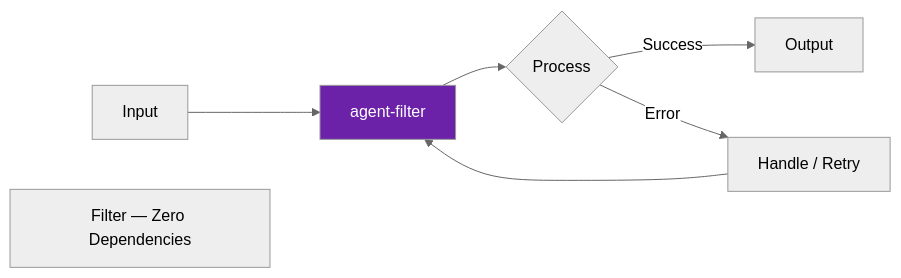
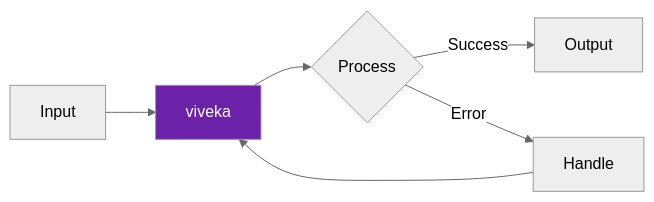
Before and after one commit to darshjme/agent-filter: the diagram in README.md, drawn with Mermaid (neutral theme). The commit also changed other lines of this file and 1 other file, not shown here.

First line of the commit message:
feat(vedic-v3): rename to viveka (विवेक)

````diff
--- a/README.md
+++ b/README.md
@@ -48,10 +39,9 @@
 ```mermaid
 flowchart LR
-    A[Input] --> B[agent-filter]
+    A[Input] --> B[viveka]
     B --> C{Process}
     C -- Success --> D[Output]
-    C -- Error --> E[Handle / Retry]
+    C -- Error --> E[Handle]
     E --> B
     style B fill:#6b21a8,color:#fff
-    note["Filter — Zero Dependencies"]
 ```
````
